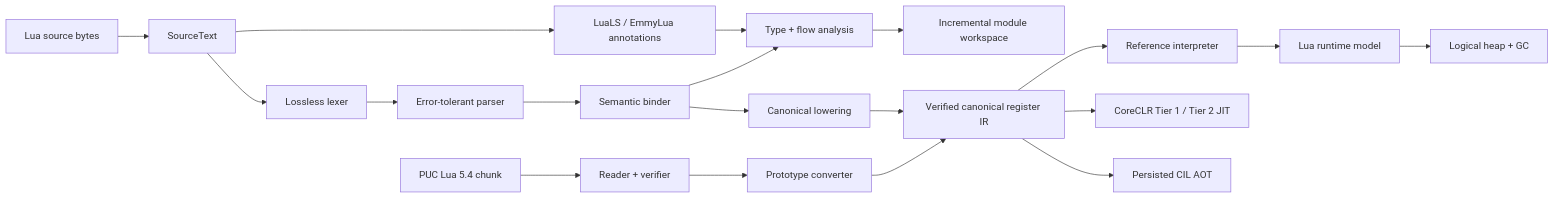
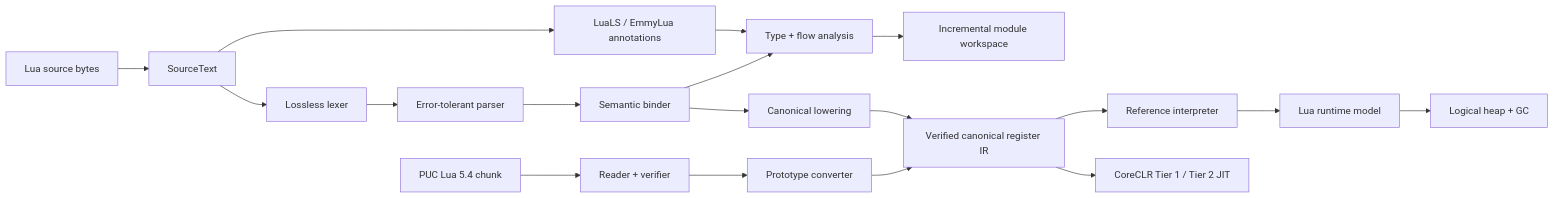
The diagram in README.md (dlqw/Lunil), drawn with Mermaid before and after one commit. The commit also changed other lines of this file and 90 other files, not shown here.

````diff
--- a/README.md
+++ b/README.md
@@ -454,24 +402,23 @@
 ```mermaid
 flowchart LR
     Source[Lua source bytes] --> Text[SourceText]
     Text --> Lexer[Lossless lexer]
     Lexer --> Parser[Error-tolerant parser]
     Parser --> Binder[Semantic binder]
     Text --> Annotation[LuaLS / EmmyLua annotations]
     Annotation --> Analysis[Type + flow analysis]
     Binder --> Analysis
     Analysis --> Workspace[Incremental module workspace]
     Binder --> Lowerer[Canonical lowering]
 
     Chunk[PUC Lua 5.4 chunk] --> Reader[Reader + verifier]
     Reader --> Converter[Prototype converter]
 
     Lowerer --> IR[Verified canonical register IR]
     Converter --> IR
     IR --> Interpreter[Reference interpreter]
     Interpreter --> Runtime[Lua runtime model]
     Runtime --> Heap[Logical heap + GC]
 
     IR --> JIT[CoreCLR Tier 1 / Tier 2 JIT]
-    IR --> AOT[Persisted CIL AOT]
 ```
````
